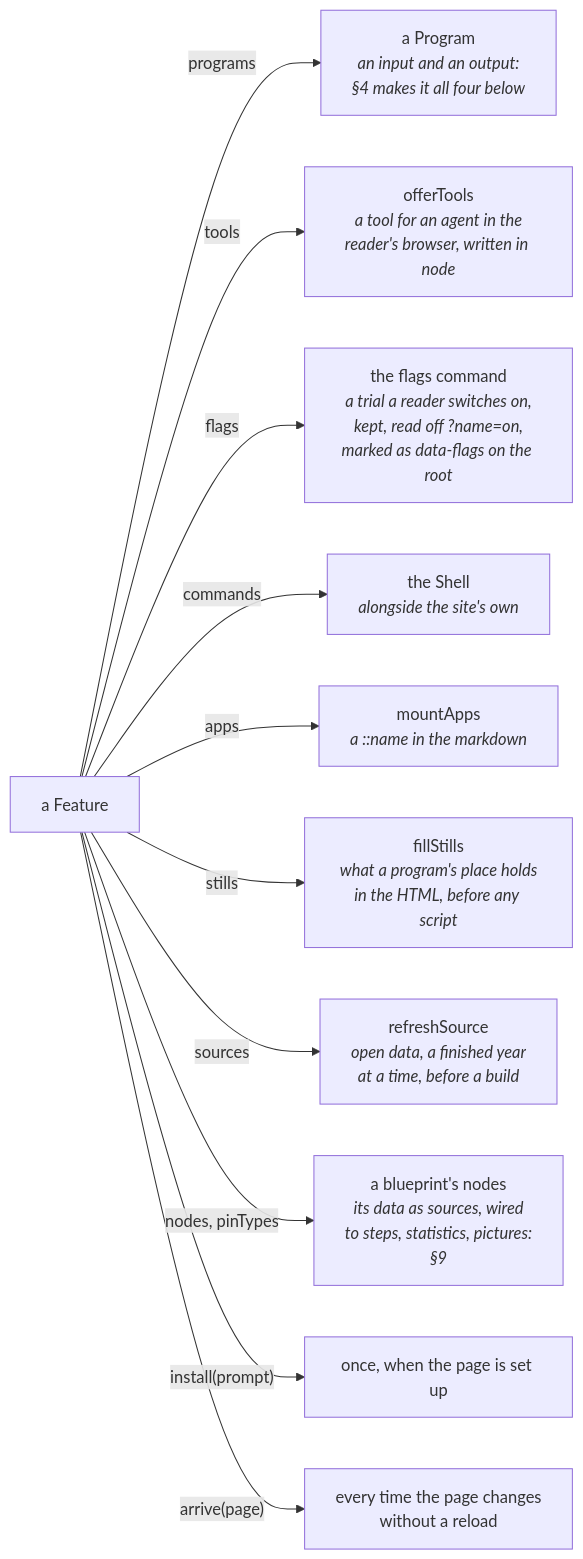
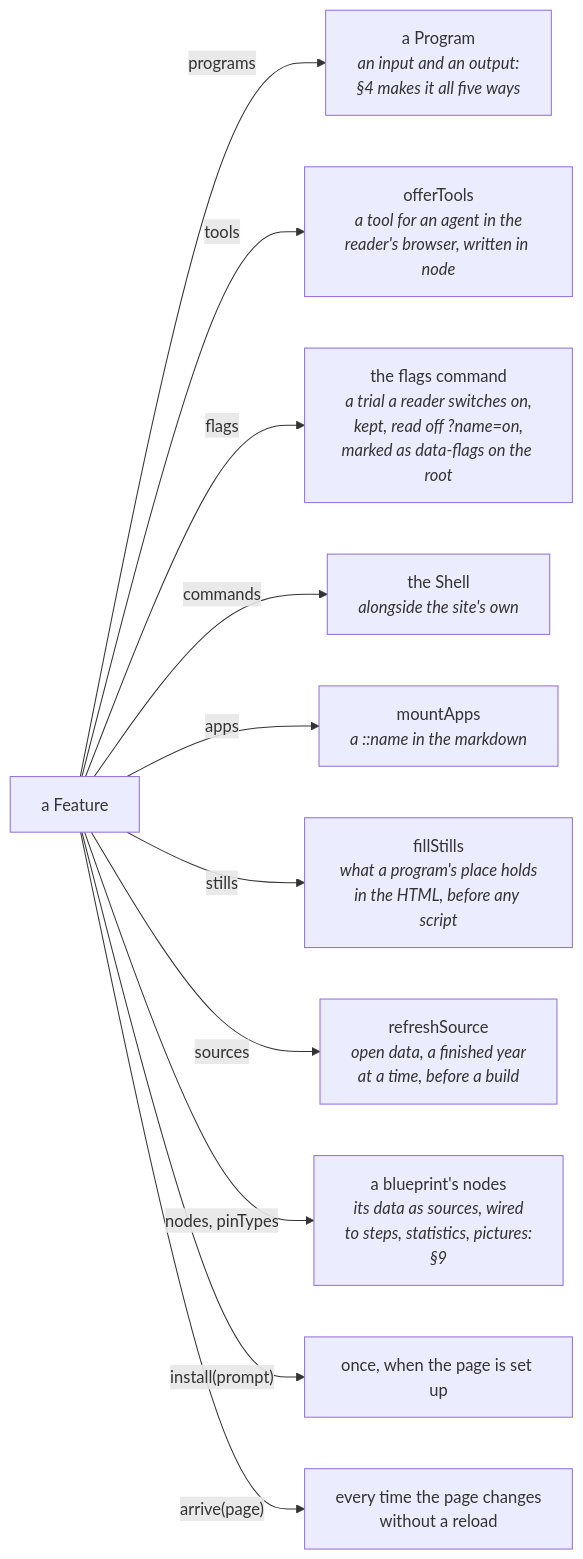
One commit to drpicox/david-rodenas.com changed the third of 9 diagrams in ARCHITECTURE.md. Above: the diagram before and after it, drawn with Mermaid. The commit also changed other lines of this file and 9 other files, not shown here.

````diff
--- a/ARCHITECTURE.md
+++ b/ARCHITECTURE.md
@@ -90,15 +90,15 @@
 ```mermaid
 graph LR
   feature["a Feature"]
 
-  feature -- "programs" --> programs["a Program<br/><i>an input and an output:<br/>§4 makes it all four below</i>"]
+  feature -- "programs" --> programs["a Program<br/><i>an input and an output:<br/>§4 makes it all five ways</i>"]
   feature -- "tools" --> tools["offerTools<br/><i>a tool for an agent in the<br/>reader's browser, written in node</i>"]
   feature -- "flags" --> flags["the flags command<br/><i>a trial a reader switches on,<br/>kept, read off ?name=on,<br/>marked as data-flags on the root</i>"]
   feature -- "commands" --> shell["the Shell<br/><i>alongside the site's own</i>"]
   feature -- "apps" --> apps["mountApps<br/><i>a ::name in the markdown</i>"]
   feature -- "stills" --> stills["fillStills<br/><i>what a program's place holds<br/>in the HTML, before any script</i>"]
   feature -- "sources" --> sources["refreshSource<br/><i>open data, a finished year<br/>at a time, before a build</i>"]
   feature -- "nodes, pinTypes" --> nodes["a blueprint's nodes<br/><i>its data as sources, wired<br/>to steps, statistics, pictures:<br/>§9</i>"]
   feature -- "install(prompt)" --> once["once, when the page is set up"]
   feature -- "arrive(page)" --> moved["every time the page changes<br/>without a reload"]
 ```
````
